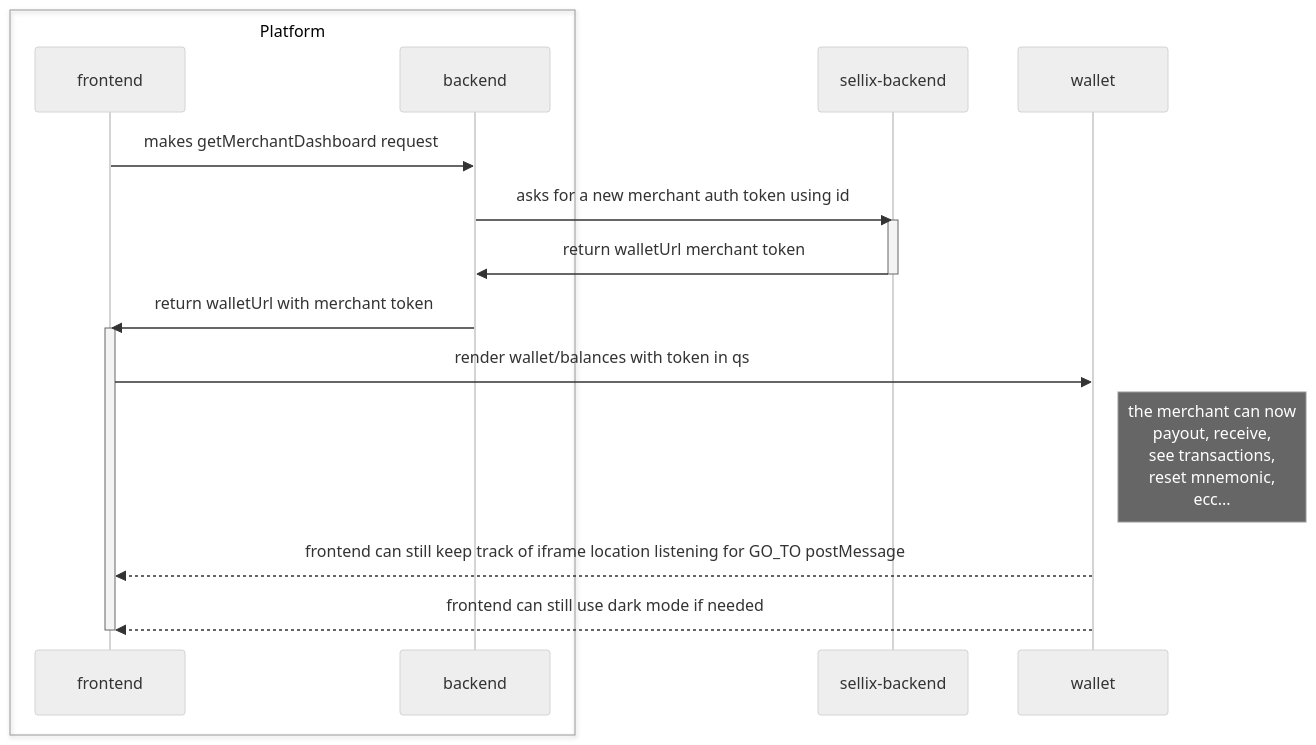
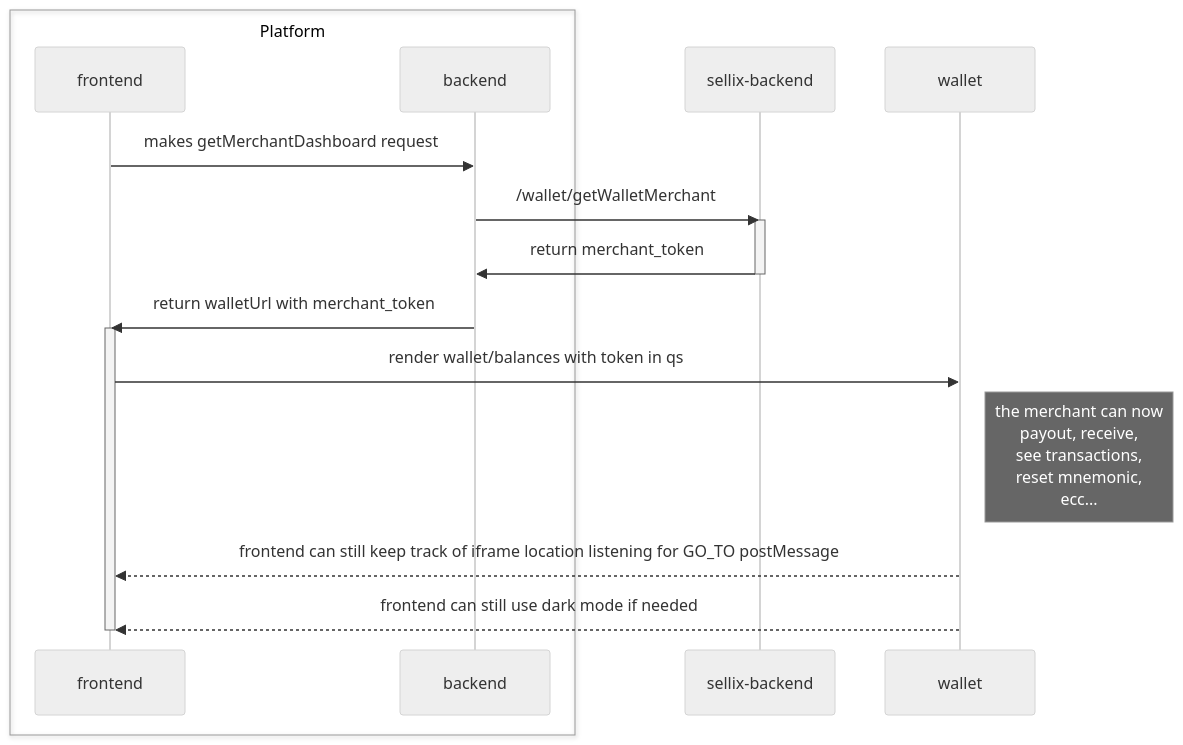
Before and after one commit to Sellix/platform-wallet-demo: the second of 3 diagrams in README.md, drawn with Mermaid (neutral theme). The commit also changed other lines of this file, not shown here.

````diff
--- a/README.md
+++ b/README.md
@@ -68,20 +81,19 @@
 ```mermaid
 sequenceDiagram
     box Platform
     participant frontend
     participant backend
     end
     frontend->>backend: makes getMerchantDashboard request
-    backend->>sellix-backend: asks for a new merchant auth token using id
+    backend->>sellix-backend: /wallet/getWalletMerchant
     activate sellix-backend
-    sellix-backend->>backend: return walletUrl merchant token
+    sellix-backend->>backend: return merchant_token
     deactivate sellix-backend
-    backend->>frontend: return walletUrl with merchant token
+    backend->>frontend: return walletUrl with merchant_token
     activate frontend
     frontend->>wallet: render wallet/balances with token in qs
     Note right of wallet: the merchant can now <br /> payout, receive, <br /> see transactions, <br /> reset mnemonic, <br /> ecc...
     wallet-->>frontend: frontend can still keep track of iframe location listening for GO_TO postMessage
     wallet-->>frontend: frontend can still use dark mode if needed
     deactivate frontend
-
 ```
````
